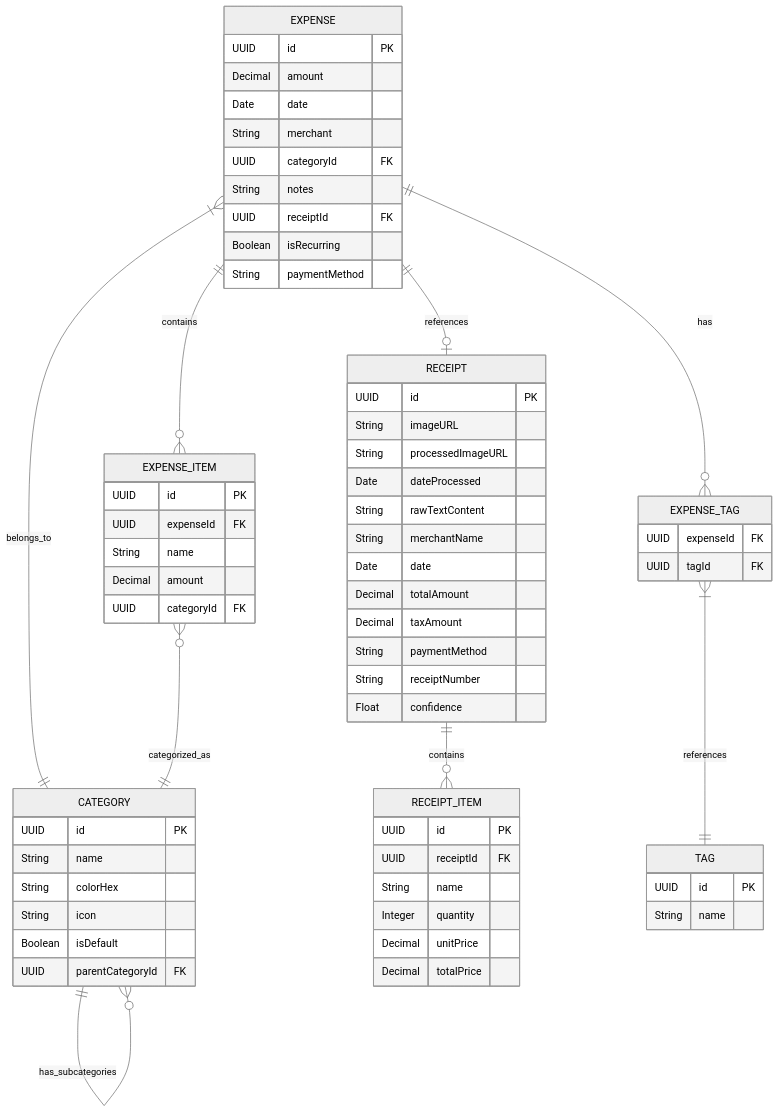
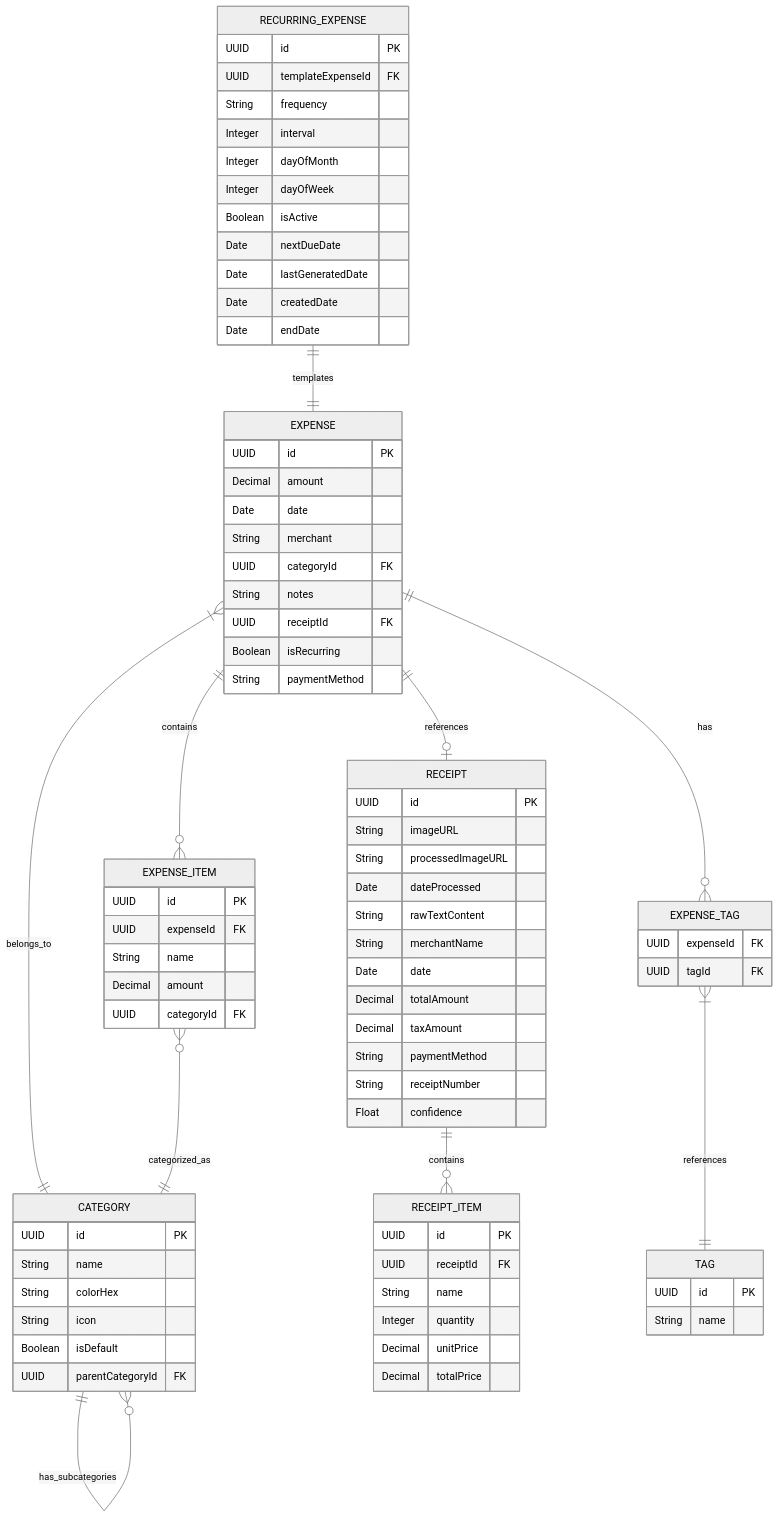
The second of 2 diagrams in .kiro/specs/receipt-scanner-expense-tracker/design.md (imforster/expense-scan-proto), drawn with Mermaid (neutral theme) before and after one commit. The commit also changed other lines of this file and 6 other files, not shown here.

````diff
--- a/.kiro/specs/receipt-scanner-expense-tracker/design.md
+++ b/.kiro/specs/receipt-scanner-expense-tracker/design.md
@@ -415,6 +465,20 @@
         UUID tagId FK
     }
     
+    RECURRING_EXPENSE {
+        UUID id PK
+        UUID templateExpenseId FK
+        String frequency
+        Integer interval
+        Integer dayOfMonth
+        Integer dayOfWeek
+        Boolean isActive
+        Date nextDueDate
+        Date lastGeneratedDate
+        Date createdDate
+        Date endDate
+    }
+    
     EXPENSE ||--o{ EXPENSE_ITEM : contains
     EXPENSE ||--o| RECEIPT : references
     EXPENSE }|--|| CATEGORY : belongs_to
@@ -423,4 +487,5 @@
     RECEIPT ||--o{ RECEIPT_ITEM : contains
     CATEGORY ||--o{ CATEGORY : has_subcategories
     EXPENSE_ITEM }o--|| CATEGORY : categorized_as
+    RECURRING_EXPENSE ||--|| EXPENSE : templates
 ```
````
